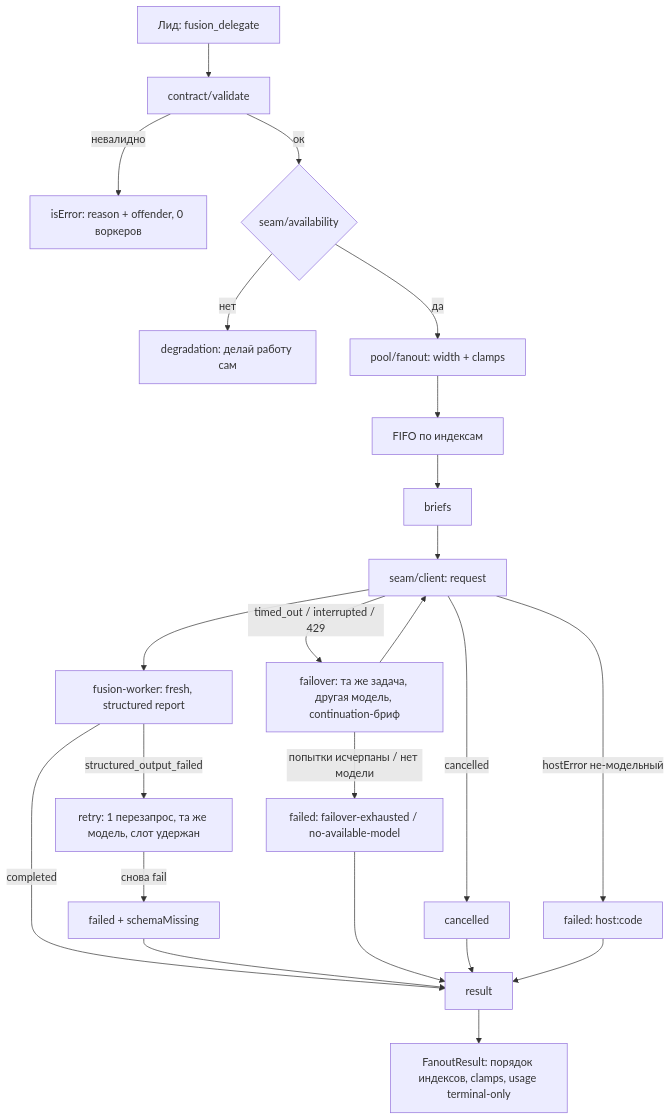
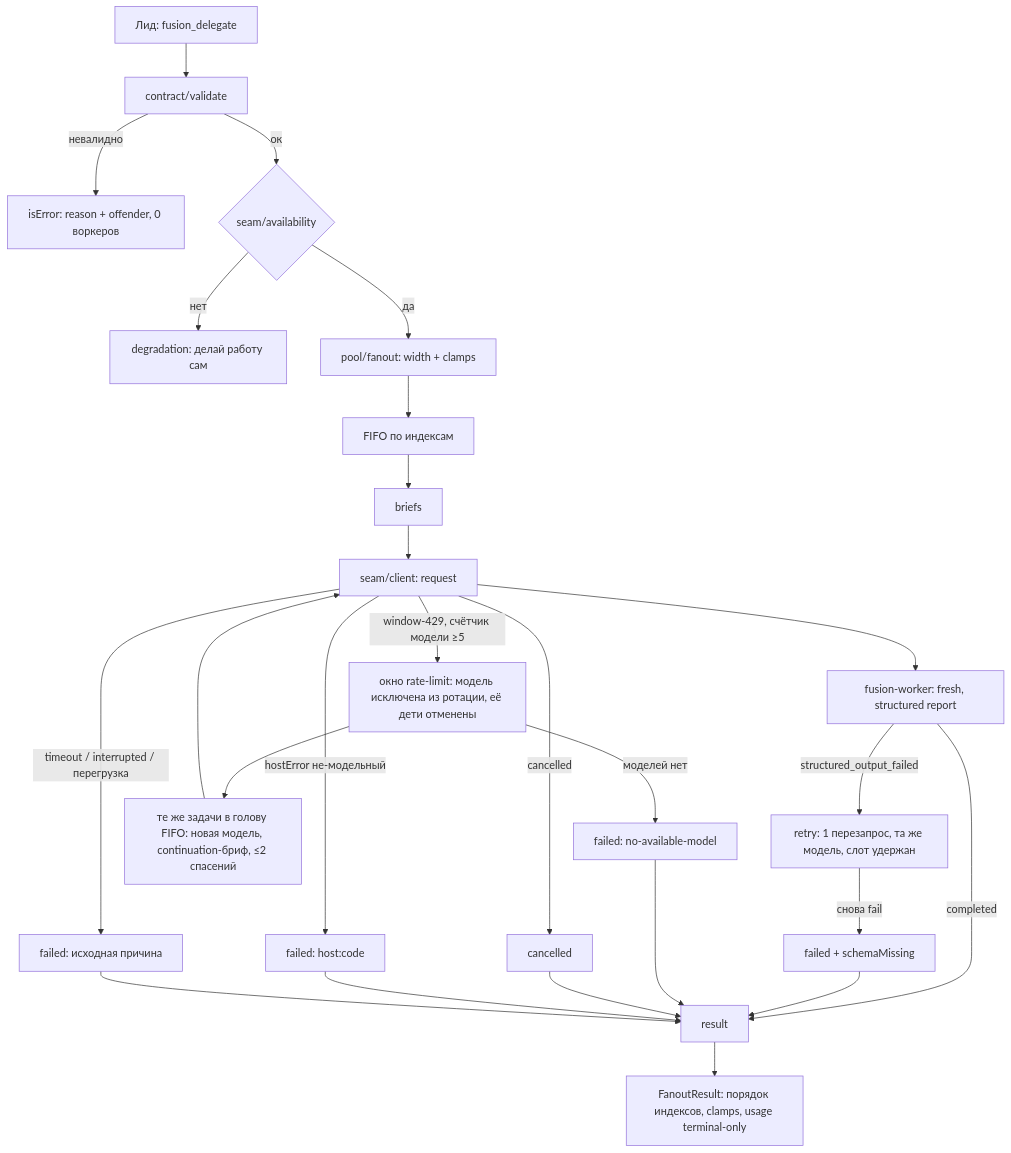
The diagram in .ai/sdd/specs/001-fanout-engine/design.md (fan92rus/pi-fusion), drawn with Mermaid before and after one commit. The commit also changed other lines of this file and 3 other files, not shown here.

Commit message:
docs: spec 001 rev.5.0 - FR-011 rewritten per owner decision: rate-limit window 429x5 -> model exclusion + cancel children + rescue same tasks (continuation brief, <=2); timeout/overload not model-attributable; 3-class classification (window/overload/non-model); TD-006 future work: hot-swap research

````diff
--- a/.ai/sdd/specs/001-fanout-engine/design.md
+++ b/.ai/sdd/specs/001-fanout-engine/design.md
@@ -63,25 +64,28 @@
 ```mermaid
 flowchart TD
     L[Лид: fusion_delegate] --> V[contract/validate]
     V -- невалидно --> E[isError: reason + offender, 0 воркеров]
     V -- ок --> A{seam/availability}
     A -- нет --> D[degradation: делай работу сам]
     A -- да --> P[pool/fanout: width + clamps]
     P --> Q[FIFO по индексам]
     Q --> B[briefs]
     B --> C[seam/client: request]
     C --> W[fusion-worker: fresh, structured report]
     W -- structured_output_failed --> R[retry: 1 перезапрос, та же модель, слот удержан]
     R -- снова fail --> F1[failed + schemaMissing]
     W -- completed --> S[result]
-    C -- timed_out / interrupted / 429 --> FO[failover: та же задача, другая модель, continuation-бриф]
-    FO -- попытки исчерпаны / нет модели --> F2[failed: failover-exhausted / no-available-model]
-    FO --> C
+    C -- window-429, счётчик модели ≥5 --> MW[окно rate-limit: модель исключена из ротации, её дети отменены]
+    MW --> RC[те же задачи в голову FIFO: новая модель, continuation-бриф, ≤2 спасений]
+    RC --> C
+    MW -- моделей нет --> F2[failed: no-available-model]
+    C -- timeout / interrupted / перегрузка --> F5[failed: исходная причина]
     C -- cancelled --> F3[cancelled]
     C -- hostError не-модельный --> F4[failed: host:code]
     F1 --> S
     F2 --> S
     F3 --> S
     F4 --> S
+    F5 --> S
     S --> O[FanoutResult: порядок индексов, clamps, usage terminal-only]
 ```
````
